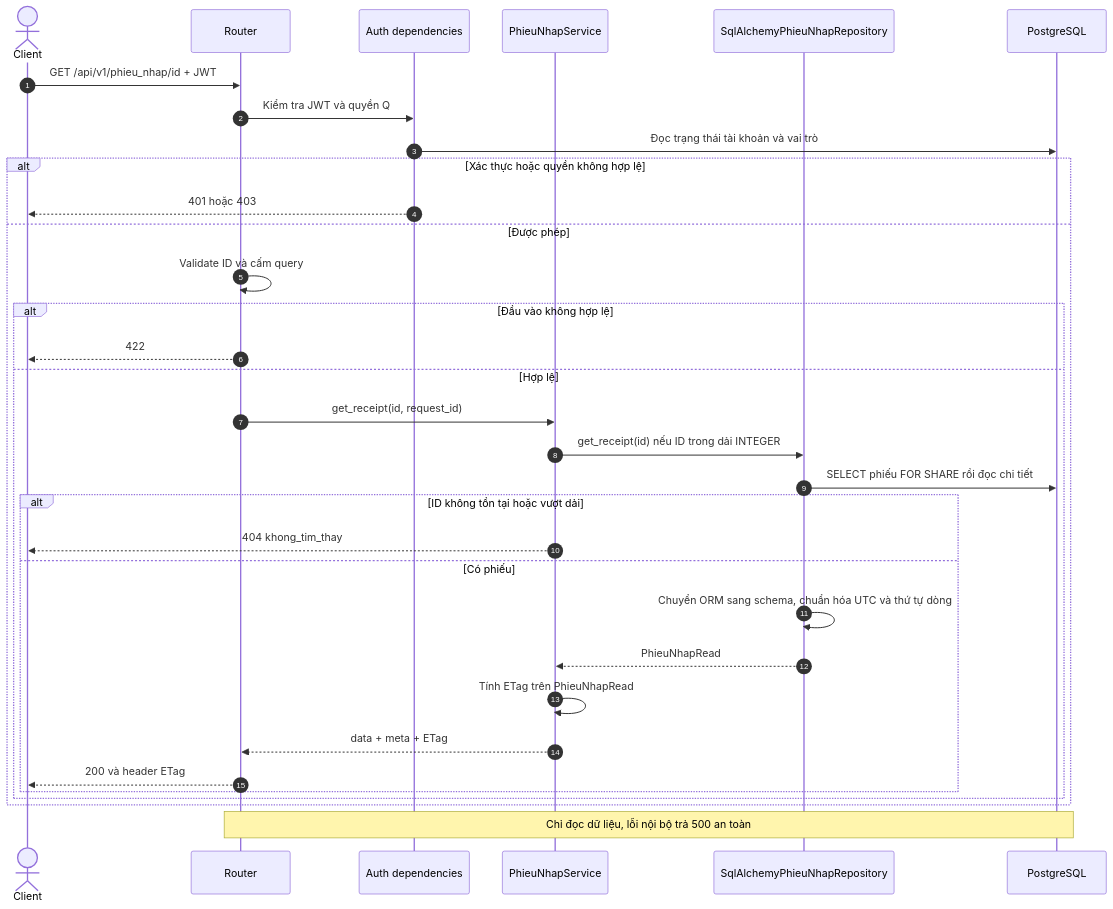
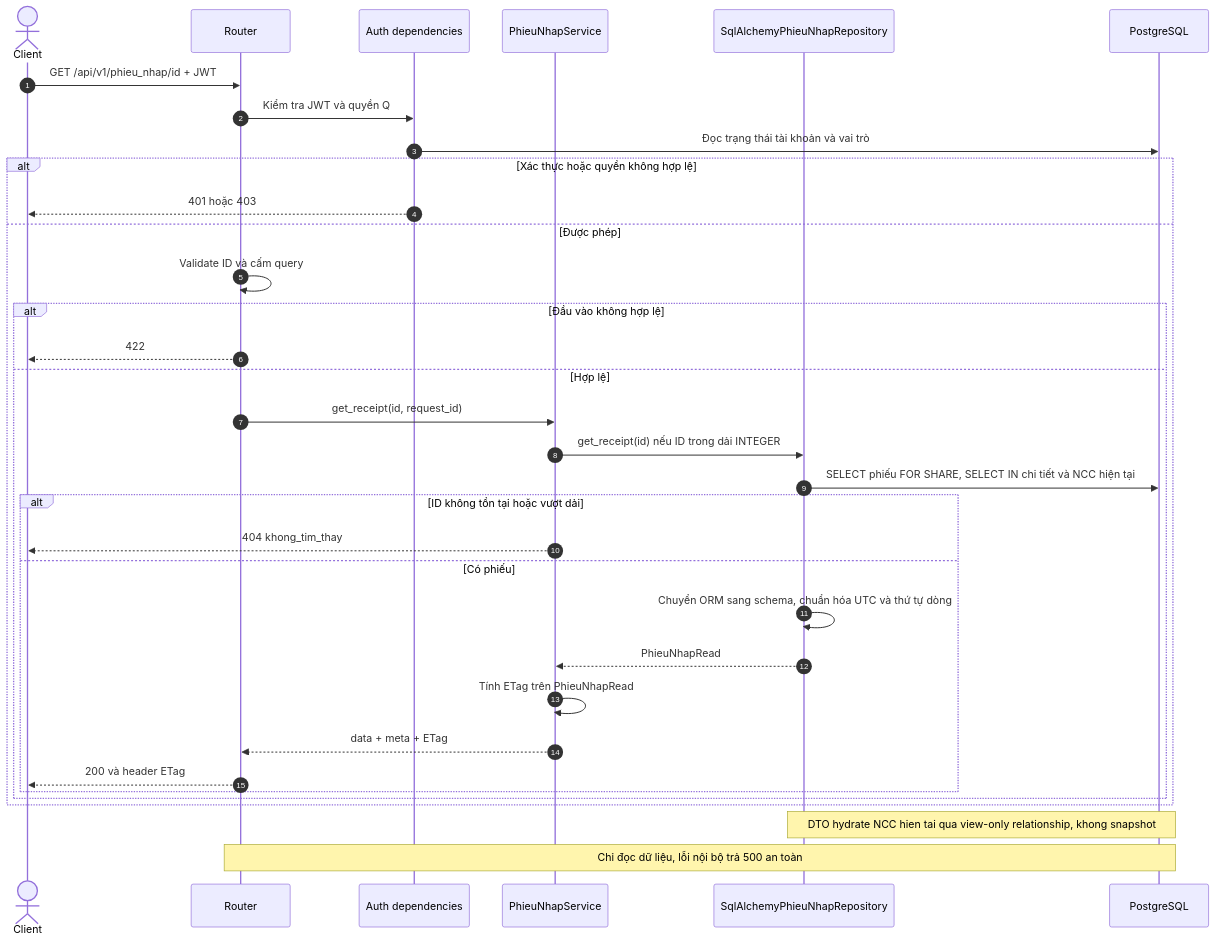
The second of 6 diagrams in docs/sequence/phieu_nhap.md (thanhklt/xbike-mrp-system), drawn with Mermaid before and after one commit. The commit also changed other lines of this file and 49 other files, not shown here.

````diff
--- a/docs/sequence/phieu_nhap.md
+++ b/docs/sequence/phieu_nhap.md
@@ -92,35 +94,36 @@
 ```mermaid
 sequenceDiagram
     autonumber
     actor C as Client
     participant R as Router
     participant D as Auth dependencies
     participant S as PhieuNhapService
     participant P as SqlAlchemyPhieuNhapRepository
     participant DB as PostgreSQL
     C->>R: GET /api/v1/phieu_nhap/id + JWT
     R->>D: Kiểm tra JWT và quyền Q
     D->>DB: Đọc trạng thái tài khoản và vai trò
     alt Xác thực hoặc quyền không hợp lệ
         D-->>C: 401 hoặc 403
     else Được phép
         R->>R: Validate ID và cấm query
         alt Đầu vào không hợp lệ
             R-->>C: 422
         else Hợp lệ
             R->>S: get_receipt(id, request_id)
             S->>P: get_receipt(id) nếu ID trong dải INTEGER
-            P->>DB: SELECT phiếu FOR SHARE rồi đọc chi tiết
+            P->>DB: SELECT phiếu FOR SHARE, SELECT IN chi tiết và NCC hiện tại
             alt ID không tồn tại hoặc vượt dải
                 S-->>C: 404 khong_tim_thay
             else Có phiếu
                 P->>P: Chuyển ORM sang schema, chuẩn hóa UTC và thứ tự dòng
                 P-->>S: PhieuNhapRead
                 S->>S: Tính ETag trên PhieuNhapRead
                 S-->>R: data + meta + ETag
                 R-->>C: 200 và header ETag
             end
         end
     end
+    Note over P,DB: DTO hydrate NCC hien tai qua view-only relationship, khong snapshot
     Note over R,DB: Chỉ đọc dữ liệu, lỗi nội bộ trả 500 an toàn
 ```
````
